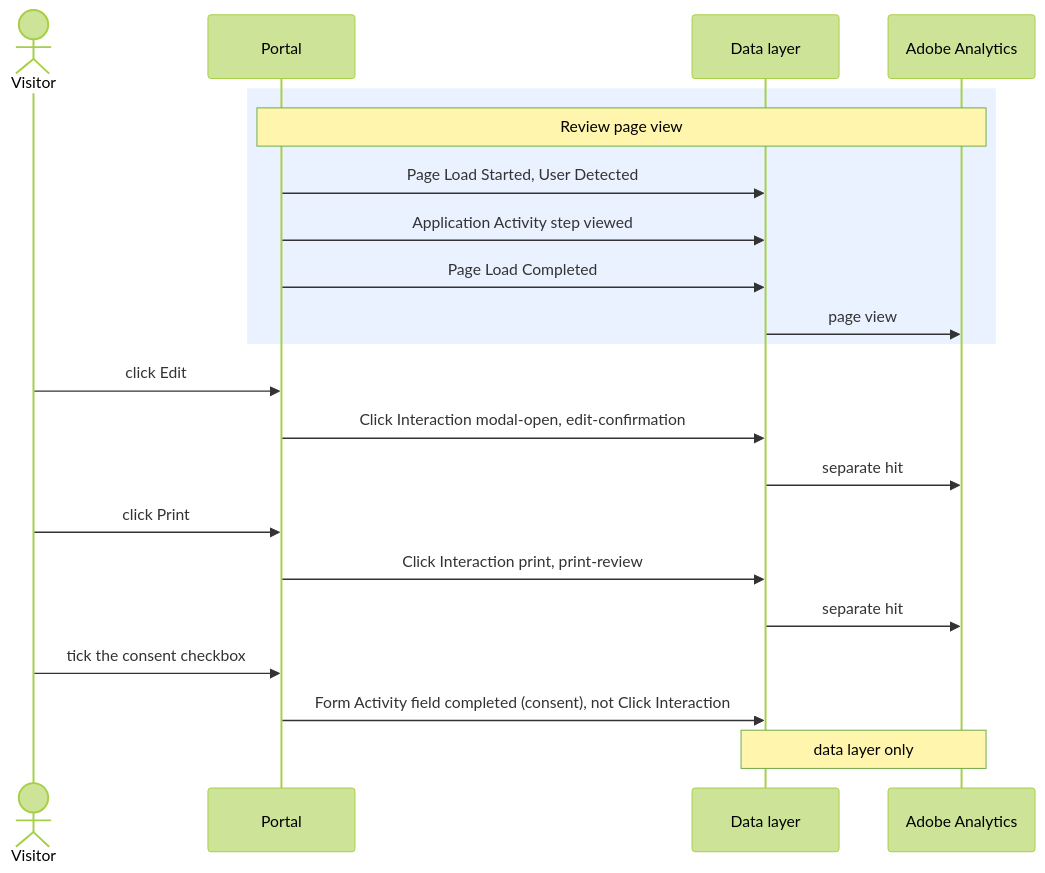
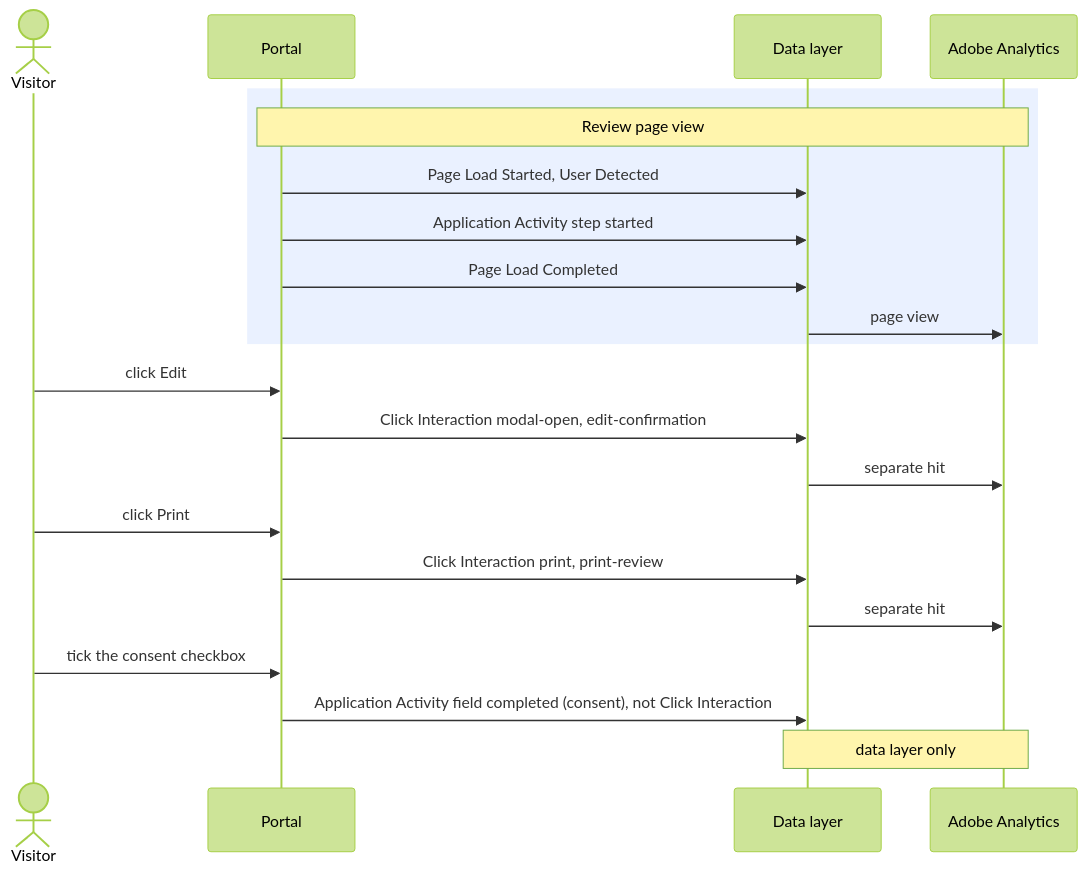
Before and after one commit to further-external/client-nyl-gmad-dl-spec: the diagram in events/click-interaction.md, drawn with Mermaid (forest theme). The commit also changed 13 other files, not shown here.

````diff
--- a/events/click-interaction.md
+++ b/events/click-interaction.md
@@ -88,23 +88,23 @@
 ```mermaid
 sequenceDiagram
   actor U as Visitor
   participant UI as Portal
   participant DL as Data layer
   participant AA as Adobe Analytics
   rect rgba(80,140,255,0.12)
     Note over UI,AA: Review page view
     UI->>DL: Page Load Started, User Detected
-    UI->>DL: Application Activity step viewed
+    UI->>DL: Application Activity step started
     UI->>DL: Page Load Completed
     DL->>AA: page view
   end
   U->>UI: click Edit
   UI->>DL: Click Interaction modal-open, edit-confirmation
   DL->>AA: separate hit
   U->>UI: click Print
   UI->>DL: Click Interaction print, print-review
   DL->>AA: separate hit
   U->>UI: tick the consent checkbox
-  UI->>DL: Form Activity field completed (consent), not Click Interaction
+  UI->>DL: Application Activity field completed (consent), not Click Interaction
   Note over DL,AA: data layer only
 ```
````
